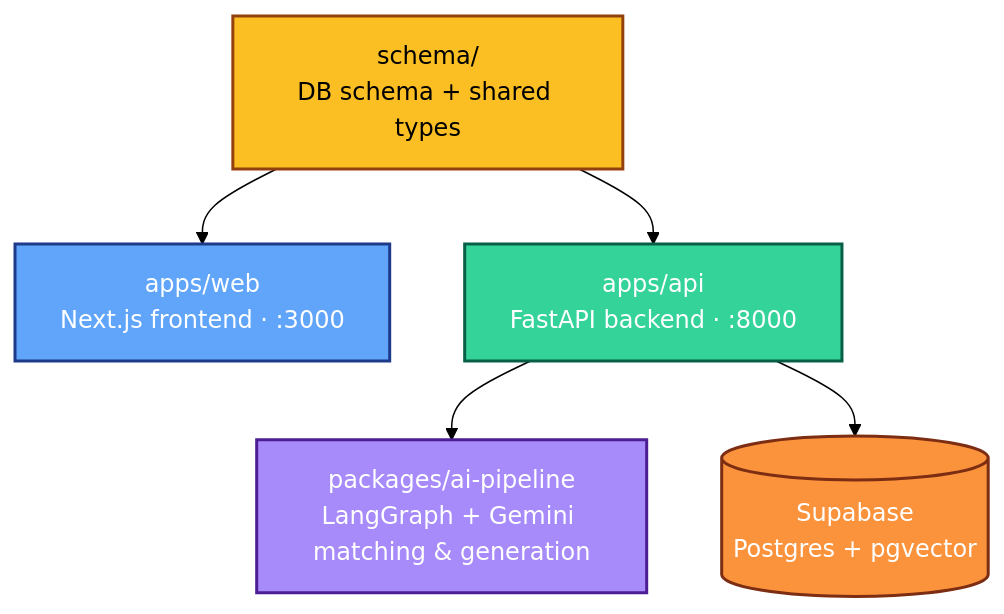
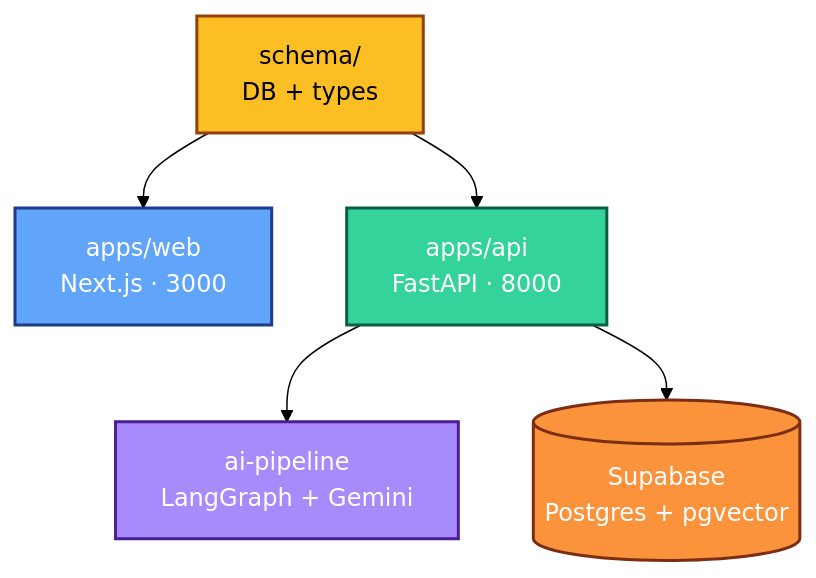
Before and after one commit to huskies-reconnect-org/huskies-reconnect: the second of 2 diagrams in README.md, drawn with Mermaid (forest theme). The commit also changed other lines of this file, not shown here.

Commit message:
Update flowchart descriptions in README.md

````diff
--- a/README.md
+++ b/README.md
@@ -56,13 +57,14 @@
 ```mermaid
+%%{init: {'flowchart': {'useMaxWidth': false}}}%%
 flowchart TD
-    schema["schema/<br/>DB schema + shared types"]:::schema --> web["apps/web<br/>Next.js frontend · :3000"]:::web
-    schema --> api["apps/api<br/>FastAPI backend · :8000"]:::api
-    api --> ai["packages/ai-pipeline<br/>LangGraph + Gemini matching & generation"]:::ai
+    schema["schema/<br/>DB + types"]:::schema --> web["apps/web<br/>Next.js · 3000"]:::web
+    schema --> api["apps/api<br/>FastAPI · 8000"]:::api
+    api --> ai["ai-pipeline<br/>LangGraph + Gemini"]:::ai
     api --> db[("Supabase<br/>Postgres + pgvector")]:::db
 
     classDef schema fill:#fbbf24,stroke:#92400e,stroke-width:2px,color:#000
     classDef web fill:#60a5fa,stroke:#1e3a8a,stroke-width:2px,color:#fff
     classDef api fill:#34d399,stroke:#065f46,stroke-width:2px,color:#fff
     classDef ai fill:#a78bfa,stroke:#4c1d95,stroke-width:2px,color:#fff
     classDef db fill:#fb923c,stroke:#7c2d12,stroke-width:2px,color:#fff
 ```
````
